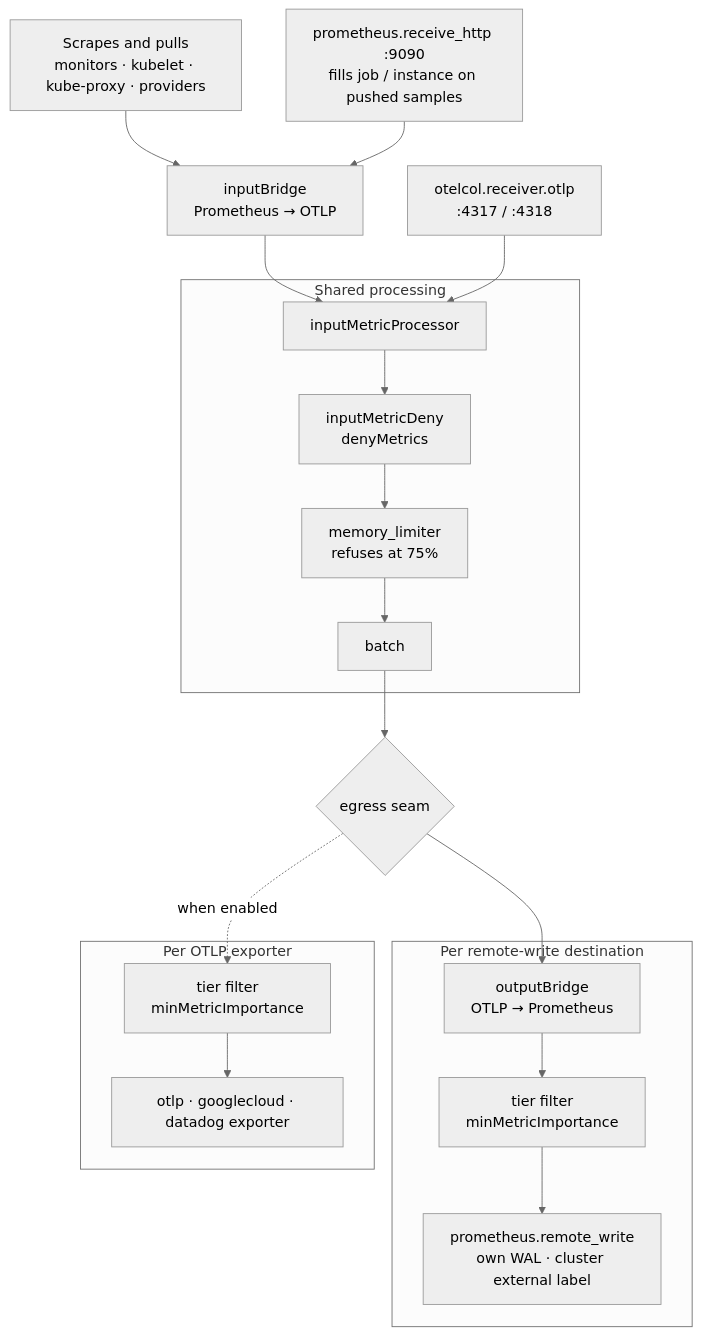
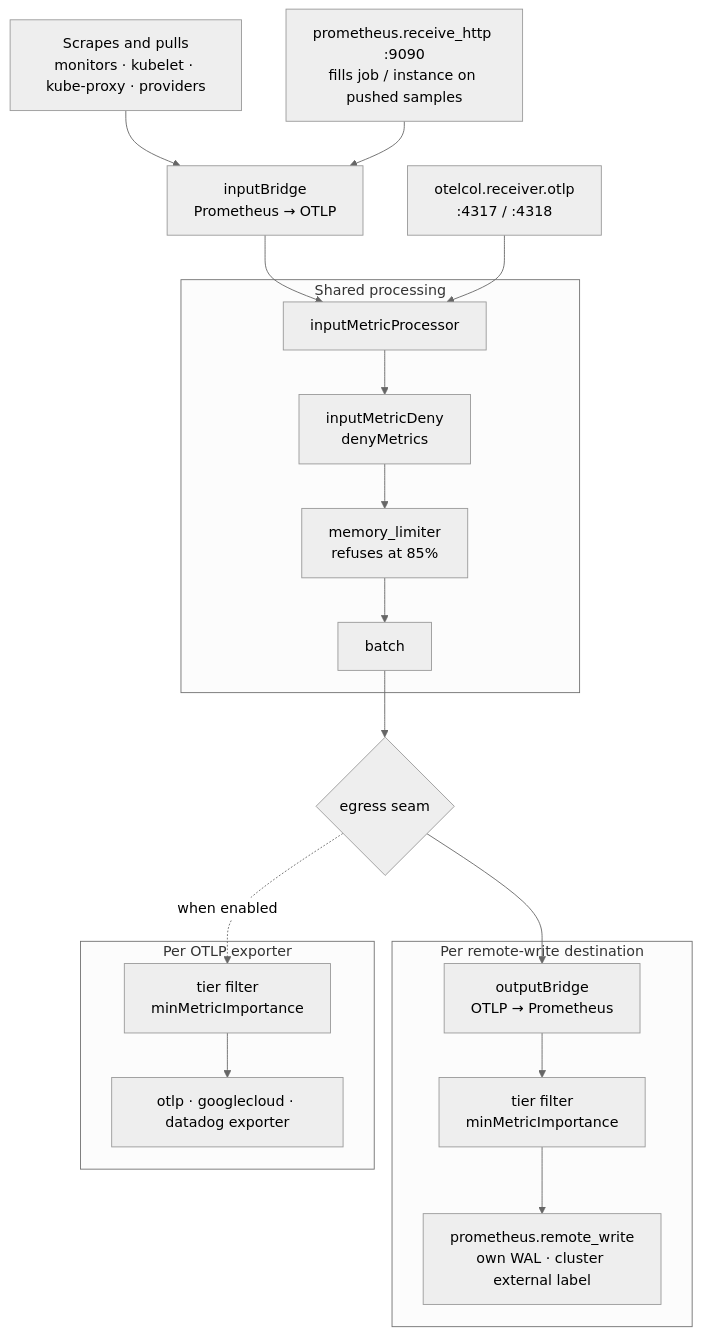
Before and after one commit to MaterializeInc/materialize-monitoring: the second of 6 diagrams in docs/content/metrics/architecture.md, drawn with Mermaid (neutral theme). The commit also changed 13 other files, not shown here.

````diff
--- a/docs/content/metrics/architecture.md
+++ b/docs/content/metrics/architecture.md
@@ -93,38 +93,38 @@
 ```mermaid
 flowchart TB
   scrape["Scrapes and pulls<br/>monitors · kubelet · kube-proxy · providers"]
   rw["prometheus.receive_http :9090<br/>fills job / instance on pushed samples"]
   otlpin["otelcol.receiver.otlp<br/>:4317 / :4318"]
   bridge["inputBridge<br/>Prometheus → OTLP"]
 
   subgraph proc["Shared processing"]
     transform["inputMetricProcessor"]
     deny["inputMetricDeny<br/>denyMetrics"]
-    limit["memory_limiter<br/>refuses at 75%"]
+    limit["memory_limiter<br/>refuses at 85%"]
     batch["batch"]
     transform --> deny --> limit --> batch
   end
 
   egress{"egress seam"}
 
   subgraph promdest["Per remote-write destination"]
     out["outputBridge<br/>OTLP → Prometheus"]
     tierp["tier filter<br/>minMetricImportance"]
     wal["prometheus.remote_write<br/>own WAL · cluster external label"]
     out --> tierp --> wal
   end
 
   subgraph oteldest["Per OTLP exporter"]
     tiero["tier filter<br/>minMetricImportance"]
     exp["otlp · googlecloud · datadog exporter"]
     tiero --> exp
   end
 
   scrape --> bridge
   rw --> bridge
   bridge --> transform
   otlpin --> transform
   batch --> egress
   egress --> out
   egress -.->|"when enabled"| tiero
 ```
````
